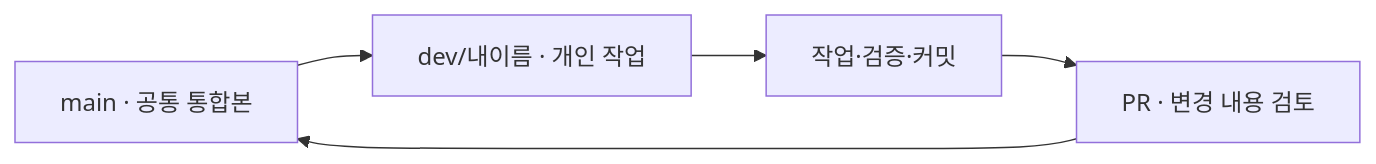
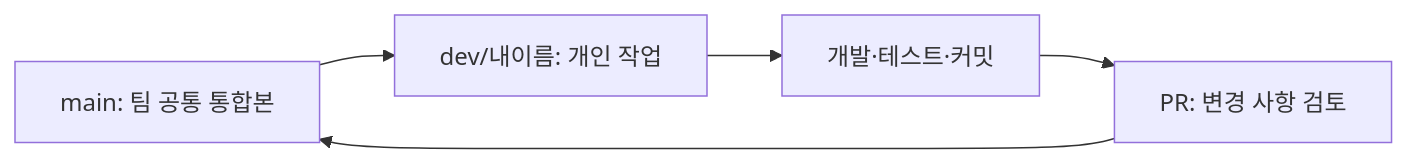
The second of 2 diagrams in README.md (2026-2-zolp/arti), drawn with Mermaid before and after one commit. The commit also changed other lines of this file and 17 other files, not shown here.

````diff
--- a/README.md
+++ b/README.md
@@ -79,7 +111,7 @@
 ```mermaid
 flowchart LR
-  M["main · 공통 통합본"] --> B["dev/내이름 · 개인 작업"]
-  B --> C["작업·검증·커밋"]
-  C --> P["PR · 변경 내용 검토"]
+  M["main: 팀 공통 통합본"] --> A["dev/내이름: 개인 작업"]
+  A --> C["개발·테스트·커밋"]
+  C --> P["PR: 변경 사항 검토"]
   P --> M
 ```
````
